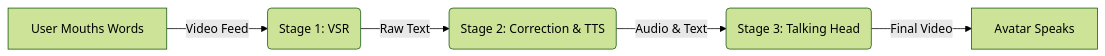
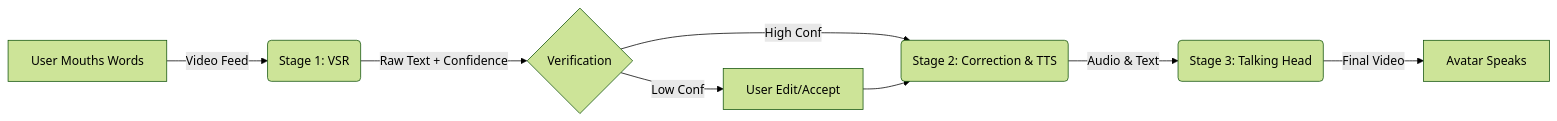
One commit to BrutalCaeser/read_my_lips changed the diagram in README.md. Above: the diagram before and after it, drawn with Mermaid (forest theme). The commit also changed other lines of this file and 6 other files, not shown here.

````diff
--- a/README.md
+++ b/README.md
@@ -13,7 +22,10 @@
 ```mermaid
 graph LR
     A[User Mouths Words] -->|Video Feed| B(Stage 1: VSR);
-    B -->|Raw Text| C(Stage 2: Correction & TTS);
-    C -->|Audio & Text| D(Stage 3: Talking Head);
-    D -->|Final Video| E[Avatar Speaks];
+    B -->|Raw Text + Confidence| C{Verification};
+    C -->|High Conf| D(Stage 2: Correction & TTS);
+    C -->|Low Conf| E[User Edit/Accept];
+    E --> D;
+    D -->|Audio & Text| F(Stage 3: Talking Head);
+    F -->|Final Video| G[Avatar Speaks];
 ```
````
